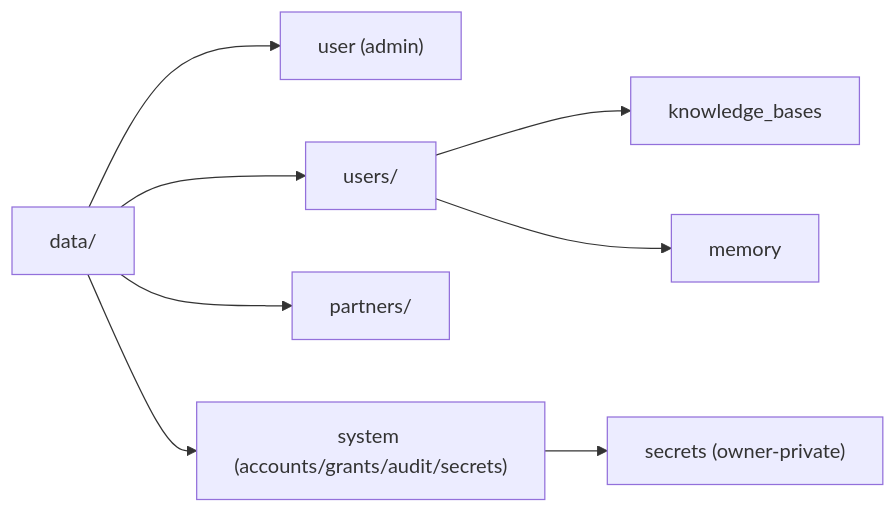
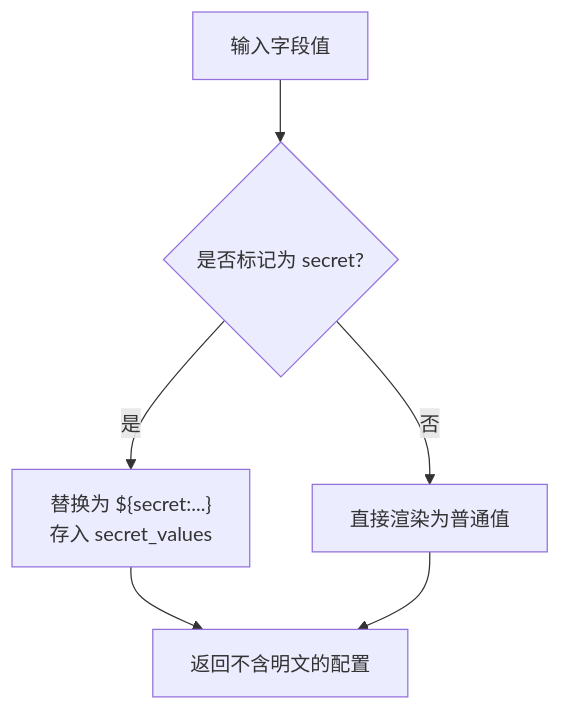
One commit to gongzili456/DeepTutor changed the fifth of 6 diagrams in .qoder/repowiki/zh/content/配置管理/配置管理.md. Above: the diagram before and after it, drawn with Mermaid. The commit also changed other lines of this file and 1242 other files, not shown here.

````diff
--- a/.qoder/repowiki/zh/content/配置管理/配置管理.md
+++ b/.qoder/repowiki/zh/content/配置管理/配置管理.md
@@ -268,10 +181,8 @@
 ```mermaid
-graph LR
-A["data/"] --> B["user (admin)"]
-A --> C["users/<uid>"]
-A --> D["partners/<id>"]
-A --> E["system (accounts/grants/audit/secrets)"]
-C --> C1["knowledge_bases"]
-C --> C2["memory"]
-E --> E1["secrets (owner-private)"]
+flowchart TD
+A["输入字段值"] --> B{"是否标记为 secret?"}
+B --> |是| C["替换为 ${secret:...}<br/>存入 secret_values"]
+B --> |否| D["直接渲染为普通值"]
+C --> E["返回不含明文的配置"]
+D --> E
 ```
````
